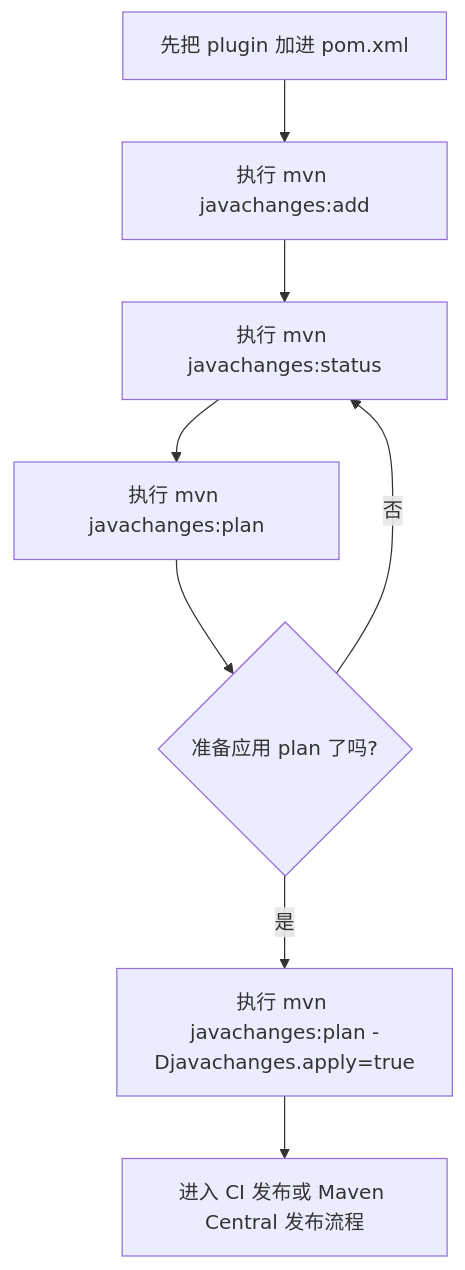
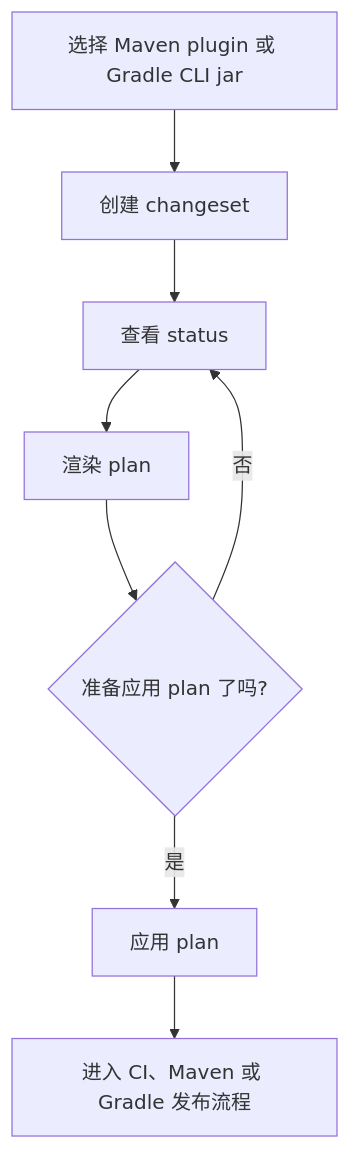
One commit to sonofmagic/javachanges changed the diagram in docs/getting-started.zh-CN.md. Above: the diagram before and after it, drawn with Mermaid. The commit also changed other lines of this file and 49 other files, not shown here.

````diff
--- a/docs/getting-started.zh-CN.md
+++ b/docs/getting-started.zh-CN.md
@@ -5,10 +5,10 @@
 ```mermaid
 flowchart TD
-  A[先把 plugin 加进 pom.xml] --> B[执行 mvn javachanges:add]
-  B --> C[执行 mvn javachanges:status]
-  C --> D[执行 mvn javachanges:plan]
+  A[选择 Maven plugin 或 Gradle CLI jar] --> B[创建 changeset]
+  B --> C[查看 status]
+  C --> D[渲染 plan]
   D --> E{准备应用 plan 了吗?}
-  E -- 是 --> F[执行 mvn javachanges:plan -Djavachanges.apply=true]
+  E -- 是 --> F[应用 plan]
   E -- 否 --> C
-  F --> G[进入 CI 发布或 Maven Central 发布流程]
+  F --> G[进入 CI、Maven 或 Gradle 发布流程]
 ```
````
